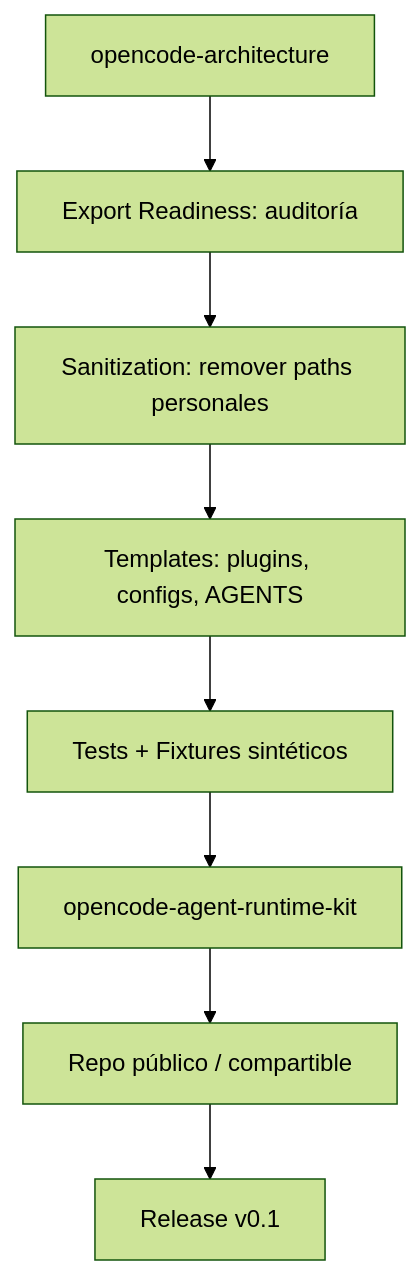
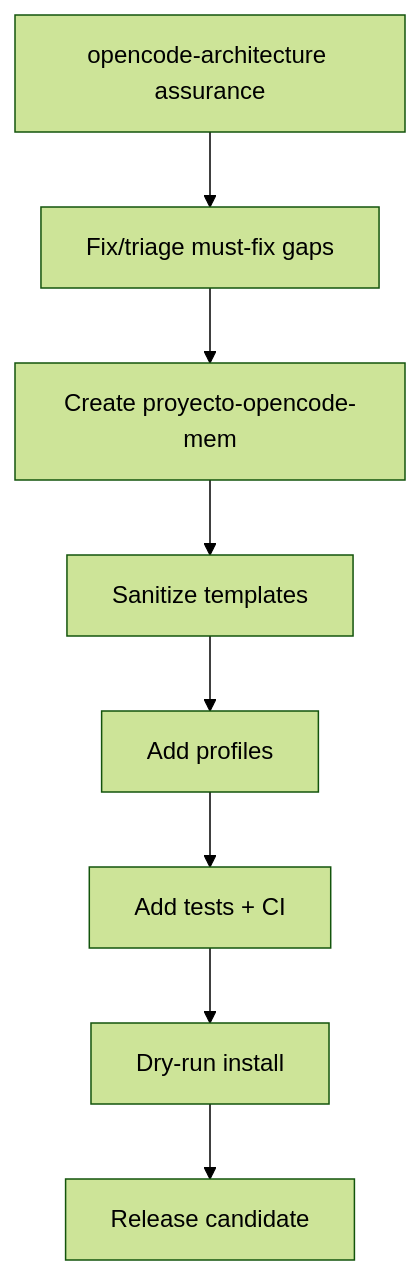
One commit to harrysxavio/opencode-architecture changed the ninth of 9 diagrams in README.md. Above: the diagram before and after it, drawn with Mermaid (forest theme). The commit also changed other lines of this file and 5 other files, not shown here.

````diff
--- a/README.md
+++ b/README.md
@@ -468,10 +583,10 @@
 ```mermaid
 flowchart TD
-    A[opencode-architecture] --> B[Export Readiness: auditoría]
-    B --> C[Sanitization: remover paths personales]
-    C --> D[Templates: plugins, configs, AGENTS]
-    D --> E[Tests + Fixtures sintéticos]
-    E --> F[opencode-agent-runtime-kit]
-    F --> G[Repo público / compartible]
-    G --> H[Release v0.1]
+    A[opencode-architecture assurance] --> B[Fix/triage must-fix gaps]
+    B --> C[Create proyecto-opencode-mem]
+    C --> D[Sanitize templates]
+    D --> E[Add profiles]
+    E --> F[Add tests + CI]
+    F --> G[Dry-run install]
+    G --> H[Release candidate]
 ```
````
